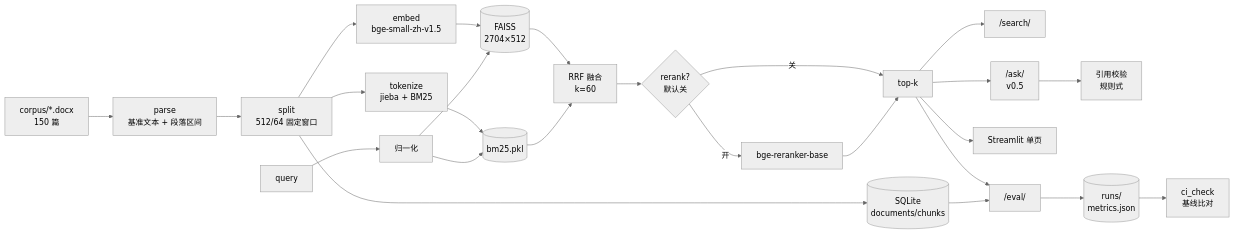
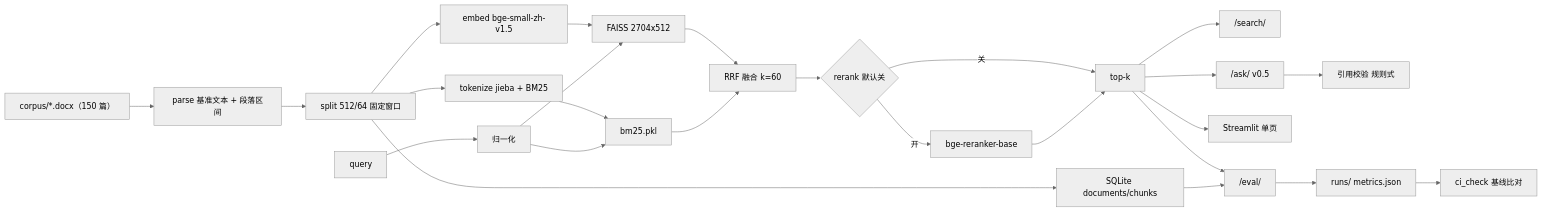
Before and after one commit to ty-user8/kui: the diagram in README.md, drawn with Mermaid (neutral theme).

Commit message:
docs: 架构图改为保守写法（全引号标签、去 <br/> 与异形节点）
- 首版修复后 GitHub 仍报 Unable to render rich display；本地 mermaid@10 解析通过
- 改为纯引号矩形标签，避免 <br/>、圆柱/菱形异形与相对路径混排
- 仅文档

````diff
--- a/README.md
+++ b/README.md
@@ -109,27 +109,27 @@
 ```mermaid
 flowchart LR
-    A[corpus/*.docx<br/>150 篇] --> B[parse<br/>基准文本 + 段落区间]
-    B --> C[split<br/>512/64 固定窗口]
-    C --> D[(SQLite<br/>documents/chunks)]
-    C --> E[embed<br/>bge-small-zh-v1.5]
-    C --> F[tokenize<br/>jieba + BM25]
-    E --> G[(FAISS<br/>2704×512)]
-    F --> H[(bm25.pkl)]
-    Q[query] --> I[归一化]
-    I --> G
-    I --> H
-    G --> J[RRF 融合<br/>k=60]
-    H --> J
-    J --> K{rerank?<br/>默认关}
-    K -->|开| L[bge-reranker-base]
-    K -->|关| M[top-k]
-    L --> M
-    M --> N["/search/"]
-    M --> O["/eval/"]
-    M --> P[Streamlit 单页]
-    M --> R["/ask/<br/>v0.5"]
-    R --> S[引用校验<br/>规则式]
-    D --> O
-    O --> T[(runs/<br/>metrics.json)]
-    T --> U[ci_check<br/>基线比对]
+  A["corpus/*.docx（150 篇）"] --> B["parse 基准文本 + 段落区间"]
+  B --> C["split 512/64 固定窗口"]
+  C --> D["SQLite documents/chunks"]
+  C --> E["embed bge-small-zh-v1.5"]
+  C --> F["tokenize jieba + BM25"]
+  E --> G["FAISS 2704x512"]
+  F --> H["bm25.pkl"]
+  Q["query"] --> I["归一化"]
+  I --> G
+  I --> H
+  G --> J["RRF 融合 k=60"]
+  H --> J
+  J --> K{"rerank 默认关"}
+  K -->|开| L["bge-reranker-base"]
+  K -->|关| M["top-k"]
+  L --> M
+  M --> N["/search/"]
+  M --> O["/eval/"]
+  M --> P["Streamlit 单页"]
+  M --> R["/ask/ v0.5"]
+  R --> S["引用校验 规则式"]
+  D --> O
+  O --> T["runs/ metrics.json"]
+  T --> U["ci_check 基线比对"]
 ```
````
